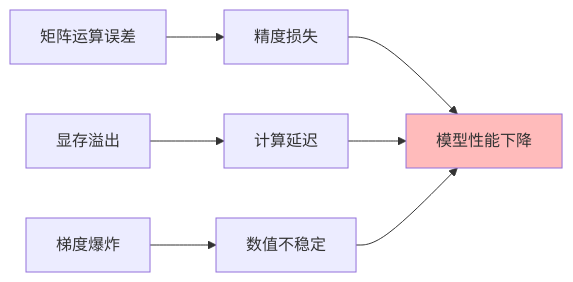
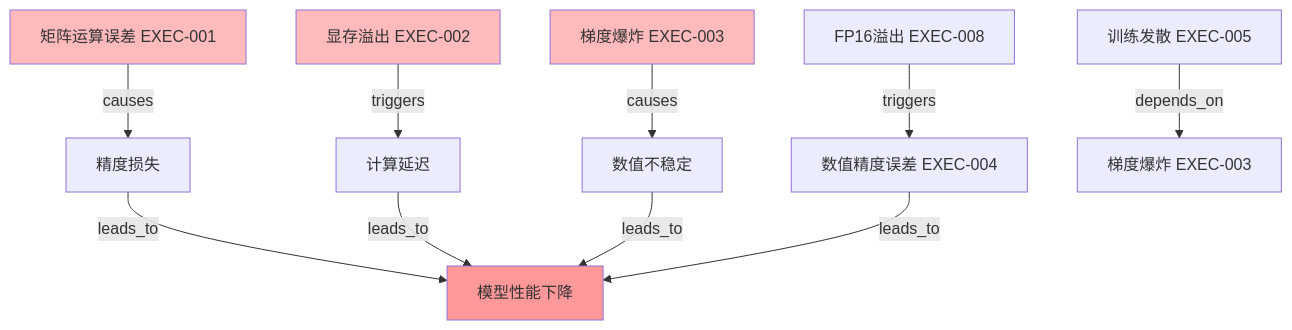
Before and after one commit to AdaMartin18010/FormalAI: the second of 7 diagrams in concepts/06-AI反实践判定系统/06.3.1-反实践知识图谱.md, drawn with Mermaid. The commit also changed other lines of this file and 232 other files, not shown here.

````diff
--- a/concepts/06-AI反实践判定系统/06.3.1-反实践知识图谱.md
+++ b/concepts/06-AI反实践判定系统/06.3.1-反实践知识图谱.md
@@ -150,11 +220,17 @@
 ```mermaid
-graph LR
-    A[矩阵运算误差] --> B[精度损失]
-    C[显存溢出] --> D[计算延迟]
-    E[梯度爆炸] --> F[数值不稳定]
-    B --> G[模型性能下降]
-    D --> G
-    F --> G
+graph TB
+    A[矩阵运算误差 EXEC-001] -->|causes| B[精度损失]
+    C[显存溢出 EXEC-002] -->|triggers| D[计算延迟]
+    E[梯度爆炸 EXEC-003] -->|causes| F[数值不稳定]
+    G[FP16溢出 EXEC-008] -->|triggers| H[数值精度误差 EXEC-004]
+    I[训练发散 EXEC-005] -->|depends_on| J[梯度爆炸 EXEC-003]
+    B -->|leads_to| K[模型性能下降]
+    D -->|leads_to| K
+    F -->|leads_to| K
+    H -->|leads_to| K
 
-    style G fill:#fbb
+    style A fill:#fbb
+    style C fill:#fbb
+    style E fill:#fbb
+    style K fill:#f99
 ```
````
